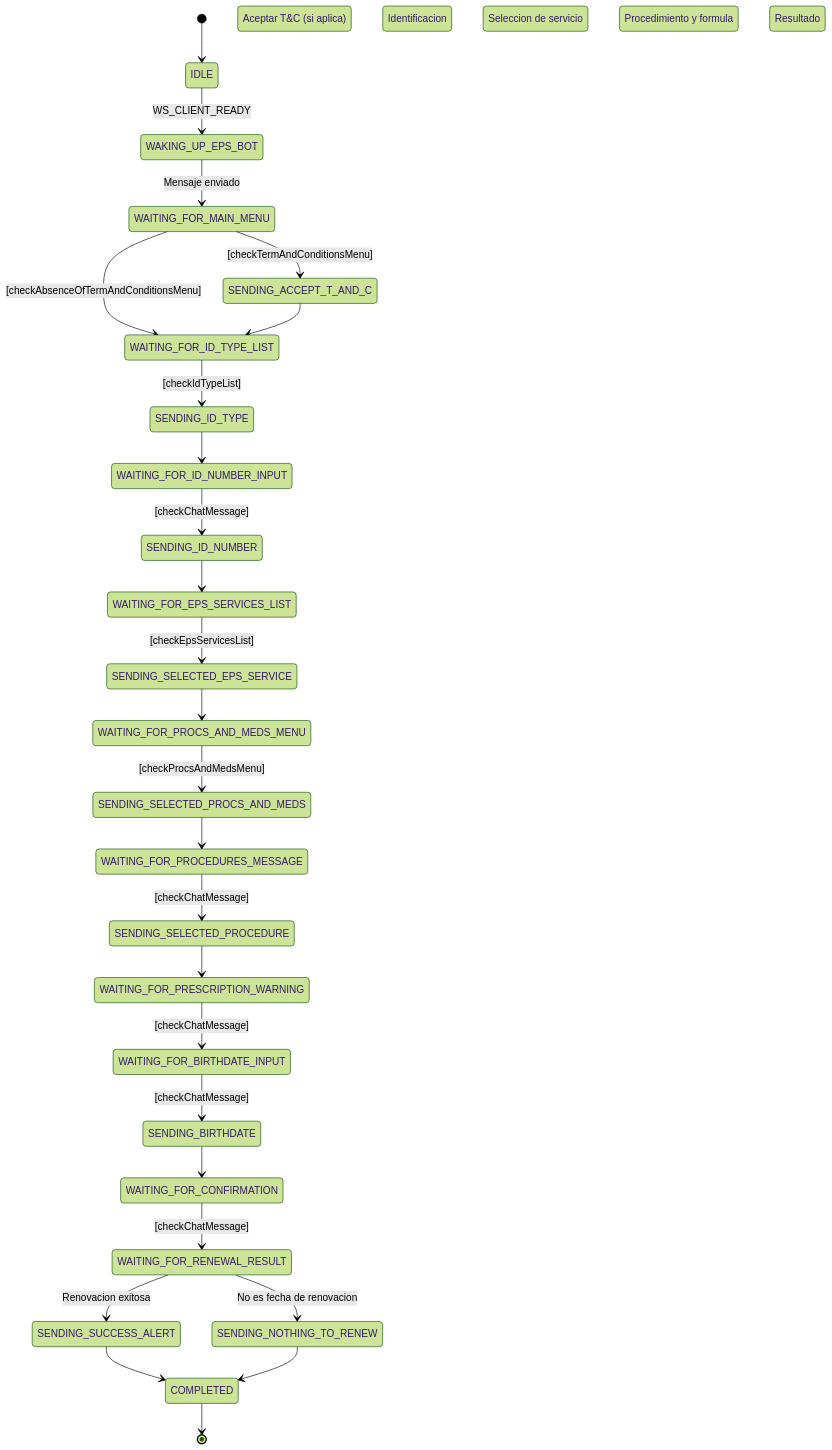
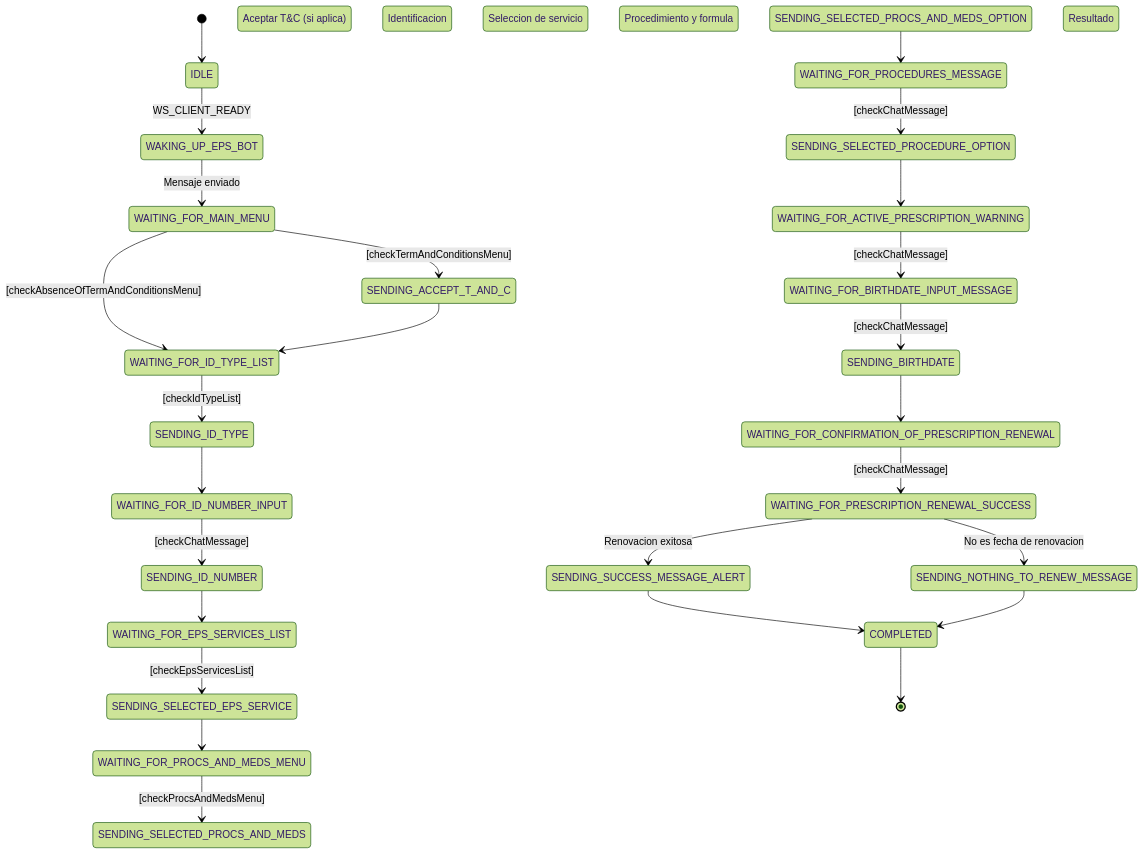
Before and after one commit to CristianG5401/Renuevamedicamentos-Inador-EPS-Sura: the diagram in README.md, drawn with Mermaid (forest theme). The commit also changed other lines of this file and 20 other files, not shown here.

````diff
--- a/README.md
+++ b/README.md
@@ -133,40 +196,40 @@
 ```mermaid
 stateDiagram-v2
     [*] --> IDLE
     IDLE --> WAKING_UP_EPS_BOT : WS_CLIENT_READY
 
     WAKING_UP_EPS_BOT --> WAITING_FOR_MAIN_MENU : Mensaje enviado
 
     state "Aceptar T&C (si aplica)" as tc_fork
     WAITING_FOR_MAIN_MENU --> SENDING_ACCEPT_T_AND_C : [checkTermAndConditionsMenu]
     WAITING_FOR_MAIN_MENU --> WAITING_FOR_ID_TYPE_LIST : [checkAbsenceOfTermAndConditionsMenu]
     SENDING_ACCEPT_T_AND_C --> WAITING_FOR_ID_TYPE_LIST
 
     state "Identificacion" as id_section
     WAITING_FOR_ID_TYPE_LIST --> SENDING_ID_TYPE : [checkIdTypeList]
     SENDING_ID_TYPE --> WAITING_FOR_ID_NUMBER_INPUT
     WAITING_FOR_ID_NUMBER_INPUT --> SENDING_ID_NUMBER : [checkChatMessage]
 
     state "Seleccion de servicio" as svc_section
     SENDING_ID_NUMBER --> WAITING_FOR_EPS_SERVICES_LIST
     WAITING_FOR_EPS_SERVICES_LIST --> SENDING_SELECTED_EPS_SERVICE : [checkEpsServicesList]
     SENDING_SELECTED_EPS_SERVICE --> WAITING_FOR_PROCS_AND_MEDS_MENU
     WAITING_FOR_PROCS_AND_MEDS_MENU --> SENDING_SELECTED_PROCS_AND_MEDS : [checkProcsAndMedsMenu]
 
     state "Procedimiento y formula" as proc_section
-    SENDING_SELECTED_PROCS_AND_MEDS --> WAITING_FOR_PROCEDURES_MESSAGE
-    WAITING_FOR_PROCEDURES_MESSAGE --> SENDING_SELECTED_PROCEDURE : [checkChatMessage]
-    SENDING_SELECTED_PROCEDURE --> WAITING_FOR_PRESCRIPTION_WARNING
-    WAITING_FOR_PRESCRIPTION_WARNING --> WAITING_FOR_BIRTHDATE_INPUT : [checkChatMessage]
-    WAITING_FOR_BIRTHDATE_INPUT --> SENDING_BIRTHDATE : [checkChatMessage]
+    SENDING_SELECTED_PROCS_AND_MEDS_OPTION --> WAITING_FOR_PROCEDURES_MESSAGE
+    WAITING_FOR_PROCEDURES_MESSAGE --> SENDING_SELECTED_PROCEDURE_OPTION : [checkChatMessage]
+    SENDING_SELECTED_PROCEDURE_OPTION --> WAITING_FOR_ACTIVE_PRESCRIPTION_WARNING
+    WAITING_FOR_ACTIVE_PRESCRIPTION_WARNING --> WAITING_FOR_BIRTHDATE_INPUT_MESSAGE : [checkChatMessage]
+    WAITING_FOR_BIRTHDATE_INPUT_MESSAGE --> SENDING_BIRTHDATE : [checkChatMessage]
 
     state "Resultado" as result_section
-    SENDING_BIRTHDATE --> WAITING_FOR_CONFIRMATION
-    WAITING_FOR_CONFIRMATION --> WAITING_FOR_RENEWAL_RESULT : [checkChatMessage]
-    WAITING_FOR_RENEWAL_RESULT --> SENDING_SUCCESS_ALERT : Renovacion exitosa
-    WAITING_FOR_RENEWAL_RESULT --> SENDING_NOTHING_TO_RENEW : No es fecha de renovacion
+    SENDING_BIRTHDATE --> WAITING_FOR_CONFIRMATION_OF_PRESCRIPTION_RENEWAL
+    WAITING_FOR_CONFIRMATION_OF_PRESCRIPTION_RENEWAL --> WAITING_FOR_PRESCRIPTION_RENEWAL_SUCCESS : [checkChatMessage]
+    WAITING_FOR_PRESCRIPTION_RENEWAL_SUCCESS --> SENDING_SUCCESS_MESSAGE_ALERT : Renovacion exitosa
+    WAITING_FOR_PRESCRIPTION_RENEWAL_SUCCESS --> SENDING_NOTHING_TO_RENEW_MESSAGE : No es fecha de renovacion
 
-    SENDING_SUCCESS_ALERT --> COMPLETED
-    SENDING_NOTHING_TO_RENEW --> COMPLETED
+    SENDING_SUCCESS_MESSAGE_ALERT --> COMPLETED
+    SENDING_NOTHING_TO_RENEW_MESSAGE --> COMPLETED
     COMPLETED --> [*]
 ```
````
